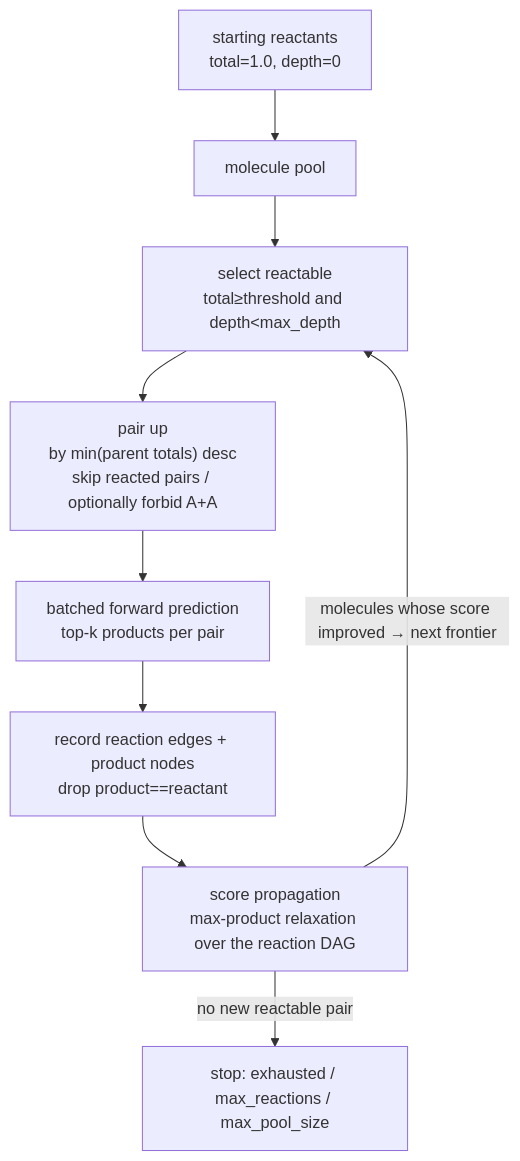
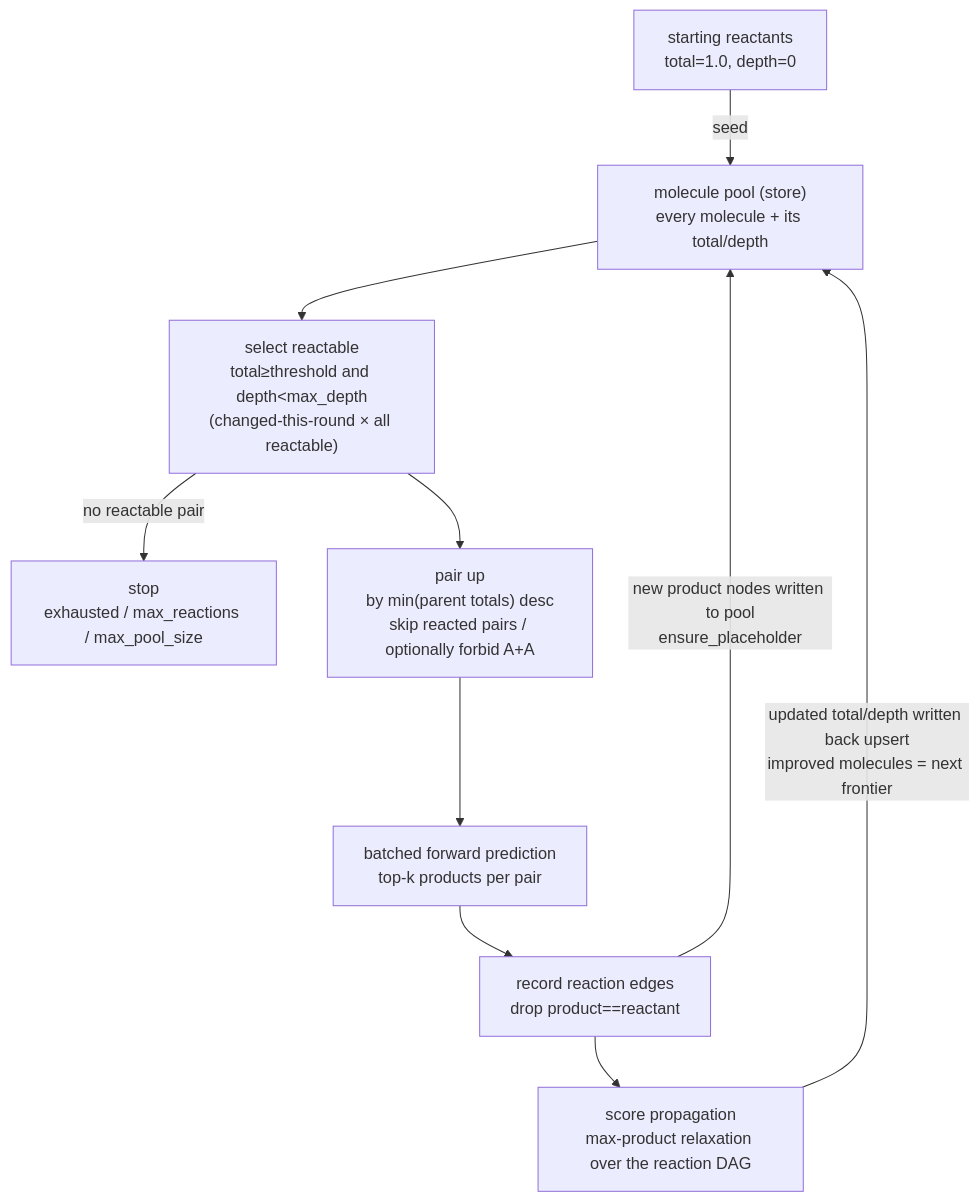
One commit to zbc0315/synomega changed the diagram in docs/research/evolution.en.md. Above: the diagram before and after it, drawn with Mermaid. The commit also changed other lines of this file and 1 other file, not shown here.

Commit message:
docs(evolution): fix architecture diagram — show the pool updating each round
The pool (the store) is read at selection, then written twice per round: new
product nodes via ensure_placeholder, and updated totals/depths via upsert in
the propagation step. The old diagram looped straight back to selection and
made the pool look static; redraw it as the central store with both writes.

````diff
--- a/docs/research/evolution.en.md
+++ b/docs/research/evolution.en.md
@@ -32,11 +32,12 @@
 ```mermaid
 flowchart TD
-    S["starting reactants<br/>total=1.0, depth=0"] --> P["molecule pool"]
-    P --> R["select reactable<br/>total≥threshold and depth&lt;max_depth"]
+    S["starting reactants<br/>total=1.0, depth=0"] -->|seed| POOL
+    POOL["molecule pool (store)<br/>every molecule + its total/depth"] --> R["select reactable<br/>total≥threshold and depth&lt;max_depth<br/>(changed-this-round × all reactable)"]
+    R -->|no reactable pair| END["stop<br/>exhausted / max_reactions / max_pool_size"]
     R --> PAIR["pair up<br/>by min(parent totals) desc<br/>skip reacted pairs / optionally forbid A+A"]
     PAIR --> FWD["batched forward prediction<br/>top-k products per pair"]
-    FWD --> REC["record reaction edges + product nodes<br/>drop product==reactant"]
+    FWD --> REC["record reaction edges<br/>drop product==reactant"]
+    REC -->|new product nodes written to pool<br/>ensure_placeholder| POOL
     REC --> RELAX["score propagation<br/>max-product relaxation over the reaction DAG"]
-    RELAX -->|molecules whose score improved → next frontier| R
-    RELAX -->|no new reactable pair| END["stop: exhausted / max_reactions / max_pool_size"]
+    RELAX -->|updated total/depth written back upsert<br/>improved molecules = next frontier| POOL
 ```
````
